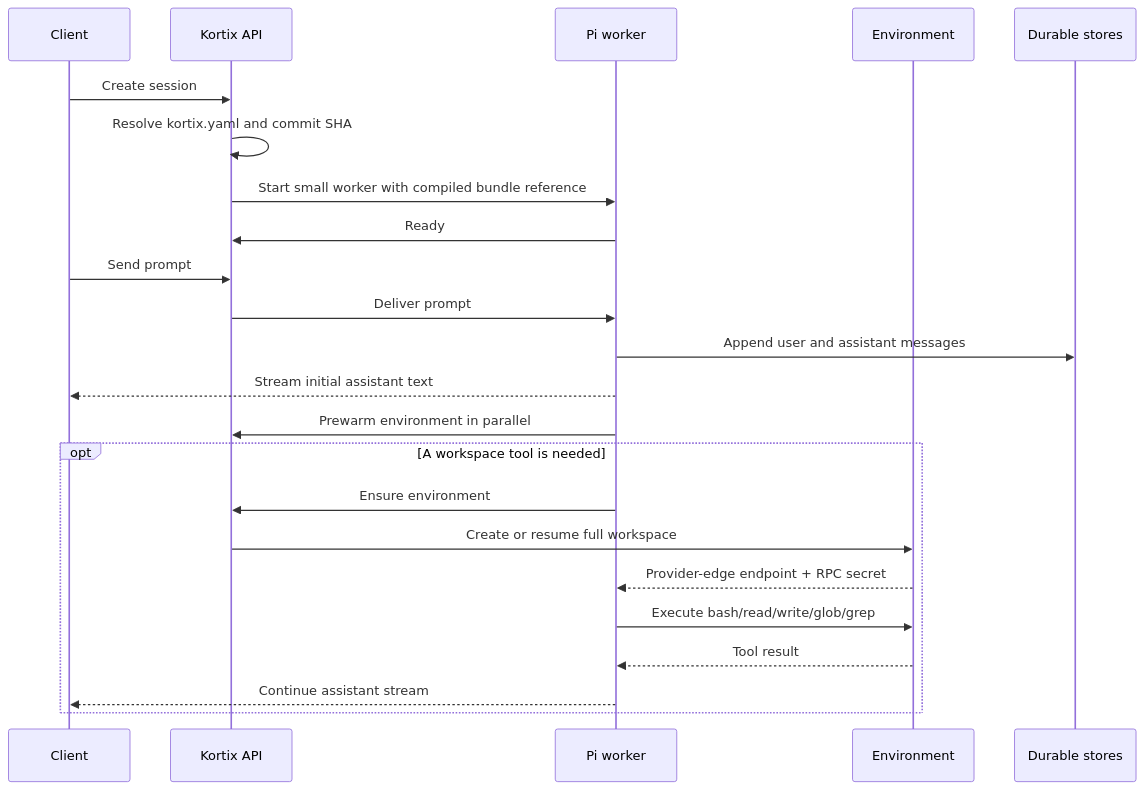
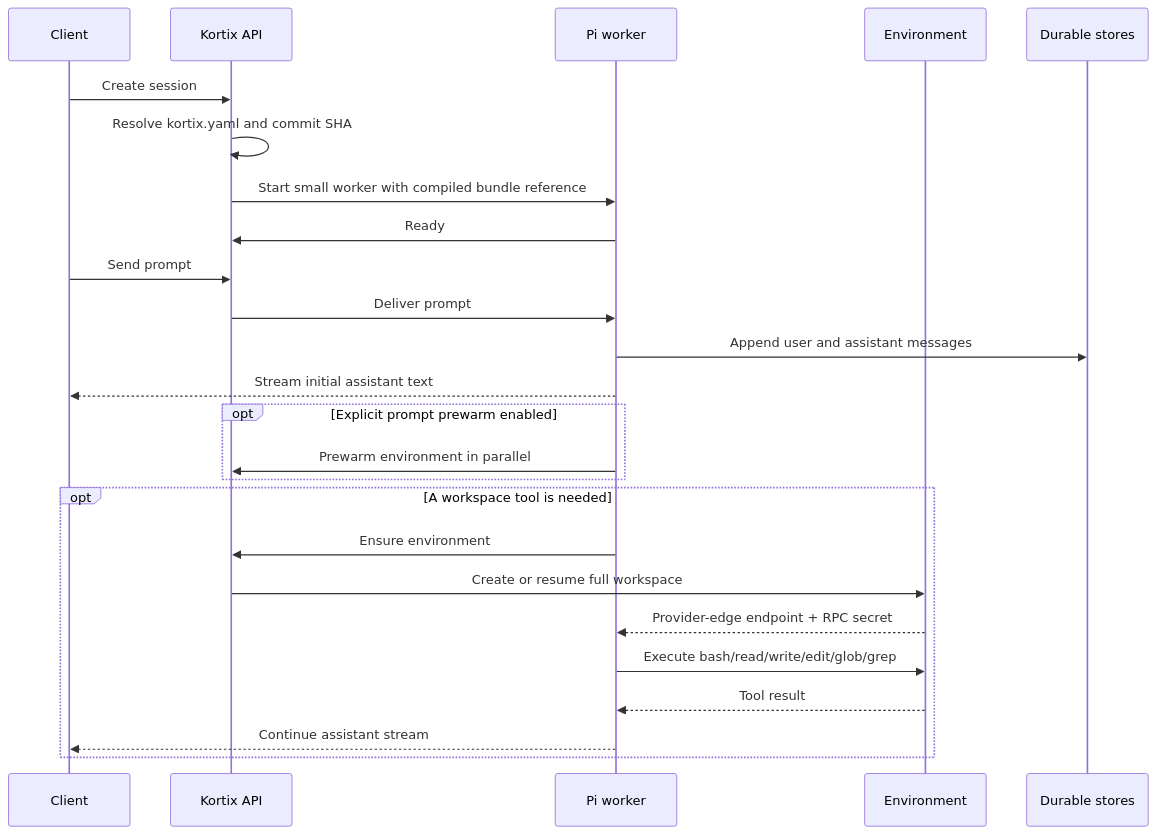
One commit to kortix-ai/suna changed the second of 2 diagrams in docs/PI_WORKER_ARCHITECTURE.md. Above: the diagram before and after it, drawn with Mermaid. The commit also changed other lines of this file and 6 other files, not shown here.

````diff
--- a/docs/PI_WORKER_ARCHITECTURE.md
+++ b/docs/PI_WORKER_ARCHITECTURE.md
@@ -49,26 +49,28 @@
 ```mermaid
 sequenceDiagram
     participant C as Client
     participant A as Kortix API
     participant W as Pi worker
     participant E as Environment
     participant D as Durable stores
 
     C->>A: Create session
     A->>A: Resolve kortix.yaml and commit SHA
     A->>W: Start small worker with compiled bundle reference
     W->>A: Ready
     C->>A: Send prompt
     A->>W: Deliver prompt
     W->>D: Append user and assistant messages
     W-->>C: Stream initial assistant text
-    W->>A: Prewarm environment in parallel
+    opt Explicit prompt prewarm enabled
+        W->>A: Prewarm environment in parallel
+    end
     opt A workspace tool is needed
         W->>A: Ensure environment
         A->>E: Create or resume full workspace
         E-->>W: Provider-edge endpoint + RPC secret
-        W->>E: Execute bash/read/write/glob/grep
+        W->>E: Execute bash/read/write/edit/glob/grep
         E-->>W: Tool result
         W-->>C: Continue assistant stream
     end
 ```
````
